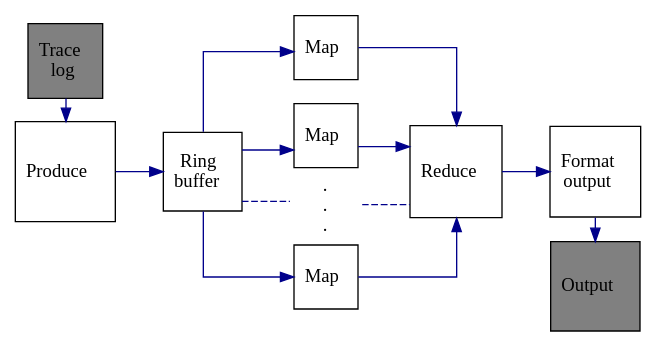
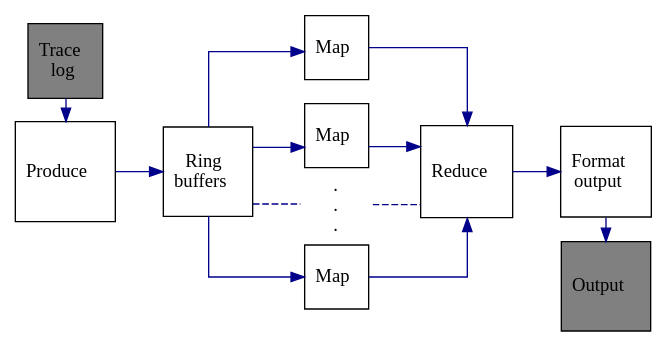
Before and after one commit to terjr/thesis: the diagram in report/figs/pet-pipeline.gv, drawn with Graphviz.

Commit message:
updated pipeline fig: there are multiple ring buffers

```diff
--- a/report/figs/pet-pipeline.gv
+++ b/report/figs/pet-pipeline.gv
@@ -1,50 +1,50 @@
 digraph PET {
     rankdir = LR;
     size="8,5"
     splines=ortho;
     node [shape = square];
     edge [color = blue4];
 
     subgraph {
         rankdir = TB;
         rank="same";
         parse3 [shape="none",label=<.<br/>.<br/>.>,height="0.3",margin="0",fixedsize="true"]
         parse1->parse2 [style="invis"]
         parse2->parse3 [style="invis"]
         parse3->parse4 [style="invis"]
     }
     subgraph {
         rankdir = TB;
         rank="same";
 
         text->setup
         text [label=<Trace<br/>log>,fillcolor=gray,style=filled]
         setup [label=<Produce>]
     }
     setup -> split
-    split [label=<Ring<br/>buffer>];
+    split [label=<Ring<br/>buffers>];
     split -> parse1 -> merge;
     split -> parse2 -> merge;
     split -> parse4 -> merge;
     split -> parse3->merge [style="dashed",arrowhead="none"]
 
 
     parse1 [label=<Map>];
     parse2 [label=<Map>];
     parse4 [label=<Map>];
 
     merge [label=<Reduce>]
 
     subgraph {
         rankdir = TB;
         rank="same";
 
         output [label=<Format<br/>output>]
         readable [label=<Output>,fillcolor=gray,style=filled]
 
         output->readable
     }
 
     merge->output
 
 }
```
